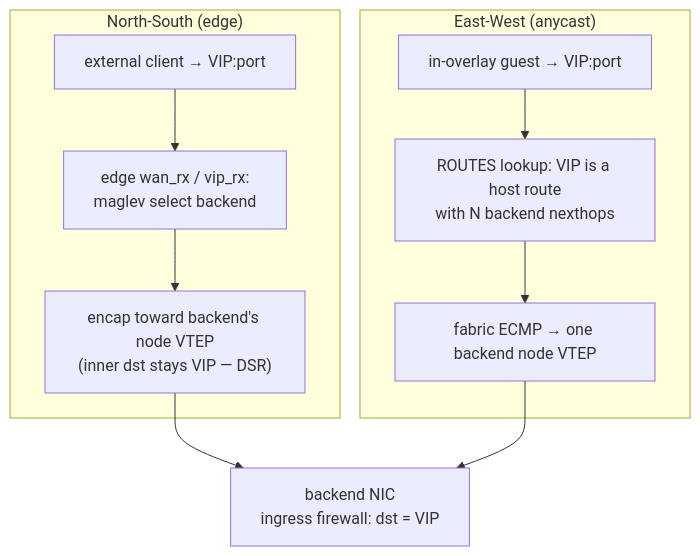
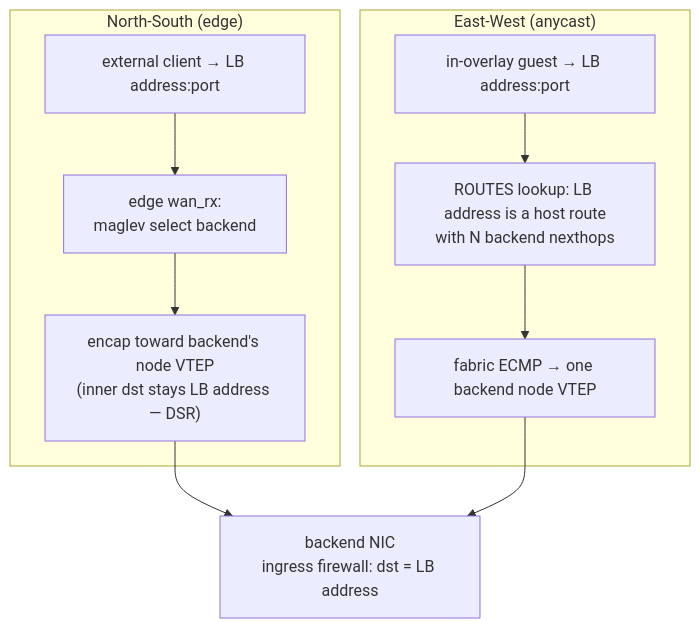
One commit to trevex/ectobase changed the diagram in docs/features/loadbalancer.md. Above: the diagram before and after it, drawn with Mermaid. The commit also changed other lines of this file and 144 other files, not shown here.

````diff
--- a/docs/features/loadbalancer.md
+++ b/docs/features/loadbalancer.md
@@ -24,13 +39,13 @@
 ```mermaid
 flowchart TD
     subgraph ns["North-South (edge)"]
-        ext["external client → VIP:port"] --> edge["edge wan_rx / vip_rx:<br/>maglev select backend"]
-        edge --> dsr1["encap toward backend's node VTEP<br/>(inner dst stays VIP — DSR)"]
+        ext["external client → LB address:port"] --> edge["edge wan_rx:<br/>maglev select backend"]
+        edge --> dsr1["encap toward backend's node VTEP<br/>(inner dst stays LB address — DSR)"]
     end
     subgraph ew["East-West (anycast)"]
-        guest["in-overlay guest → VIP:port"] --> route["ROUTES lookup: VIP is a host route<br/>with N backend nexthops"]
+        guest["in-overlay guest → LB address:port"] --> route["ROUTES lookup: LB address is a host route<br/>with N backend nexthops"]
         route --> ecmp["fabric ECMP → one backend node VTEP"]
     end
-    dsr1 --> be["backend NIC<br/>ingress firewall: dst = VIP"]
+    dsr1 --> be["backend NIC<br/>ingress firewall: dst = LB address"]
     ecmp --> be
 ```
````
